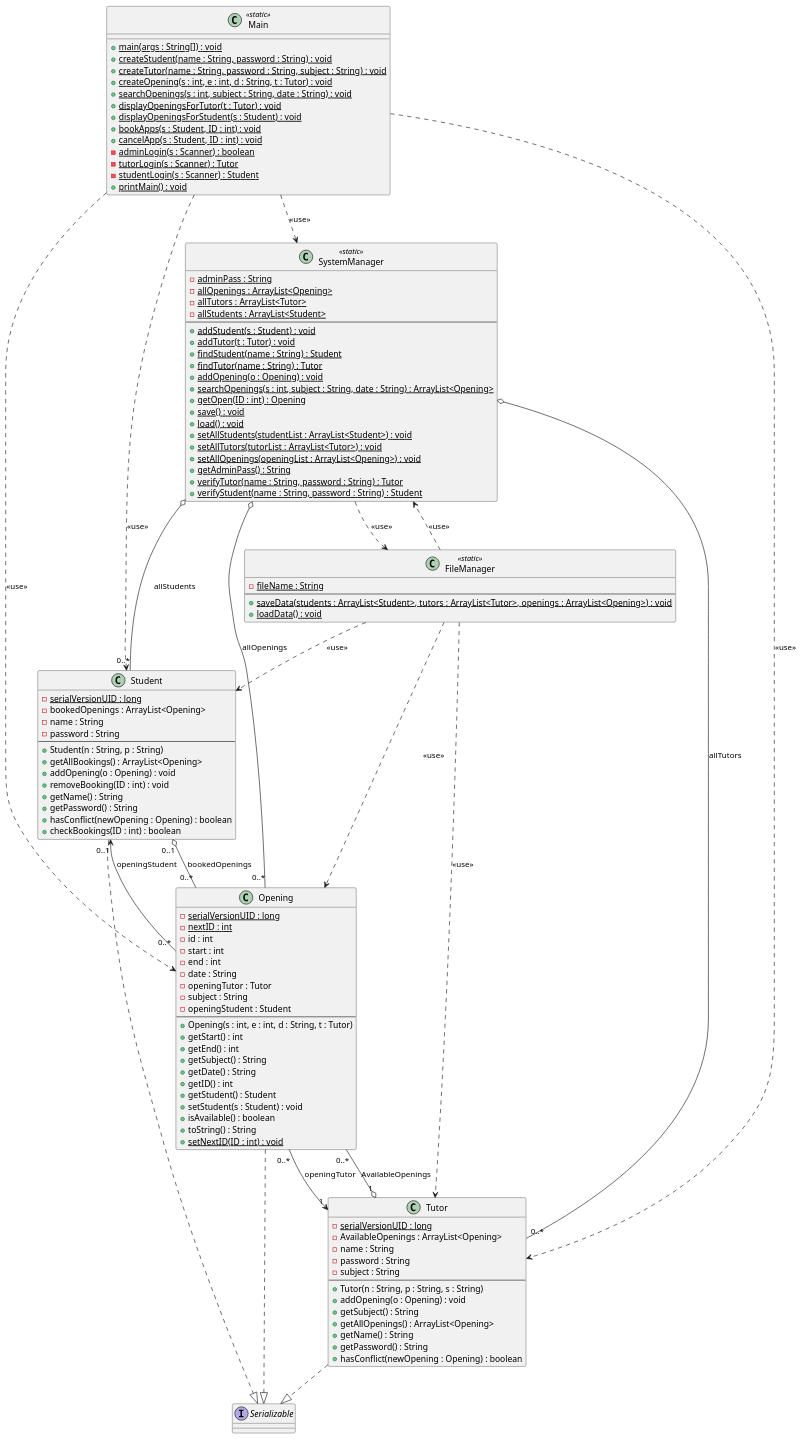
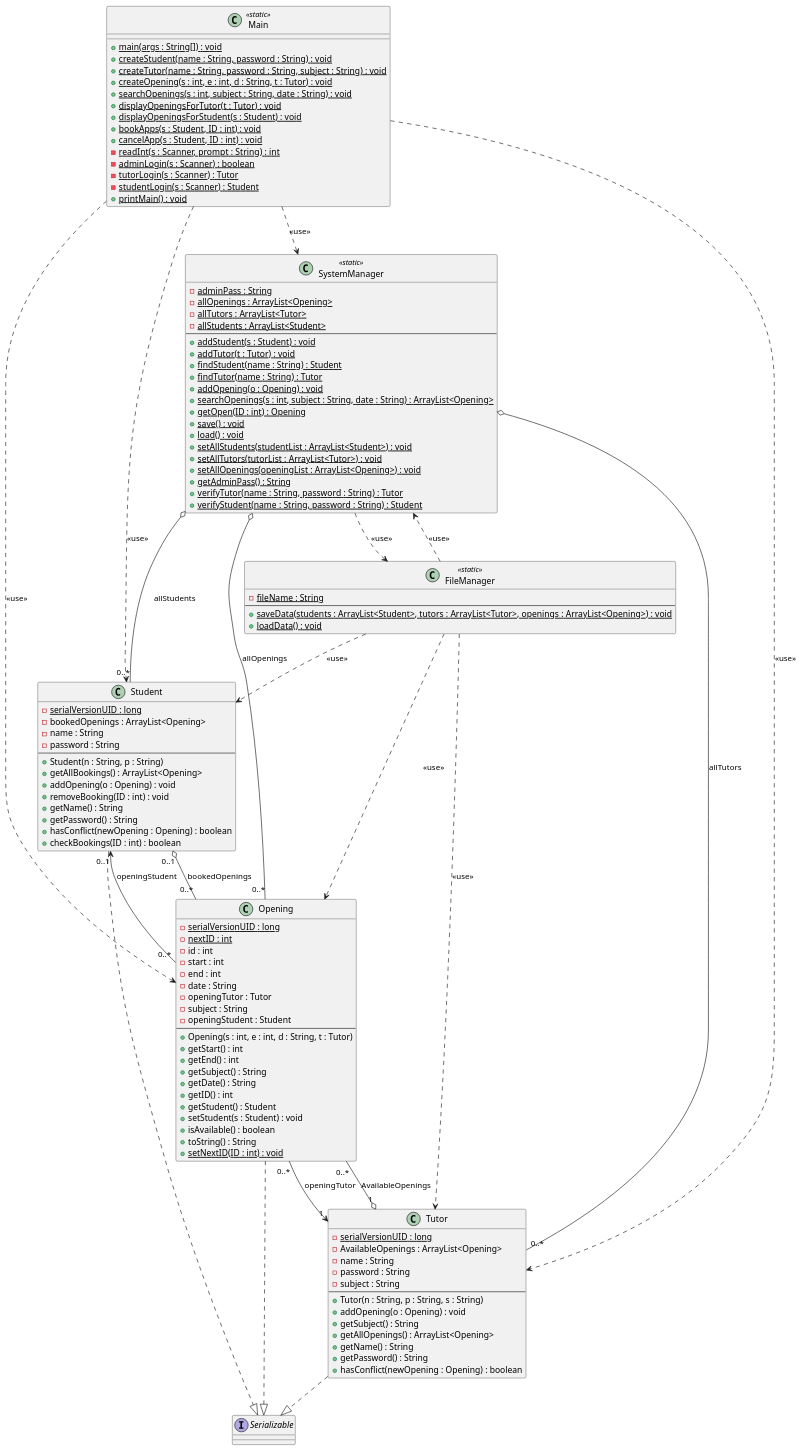
One commit to localhost433/OOPFinalProject changed the diagram in docs/diagrams/class-diagram.puml. Above: the diagram before and after it, drawn with PlantUML. The commit also changed 3 other files, not shown here.

```diff
--- a/docs/diagrams/class-diagram.puml
+++ b/docs/diagrams/class-diagram.puml
@@ -1,138 +1,139 @@
 @startuml class-diagram
 ' Class diagram — Tutoring Center Appointment Manager
 
 ' java.io.Serializable (JDK)
 interface Serializable {
 }
 
 class Main <<static>> {
     + {static} main(args : String[]) : void
     + {static} createStudent(name : String, password : String) : void
     + {static} createTutor(name : String, password : String, subject : String) : void
     + {static} createOpening(s : int, e : int, d : String, t : Tutor) : void
     + {static} searchOpenings(s : int, subject : String, date : String) : void
     + {static} displayOpeningsForTutor(t : Tutor) : void
     + {static} displayOpeningsForStudent(s : Student) : void
     + {static} bookApps(s : Student, ID : int) : void
     + {static} cancelApp(s : Student, ID : int) : void
+    - {static} readInt(s : Scanner, prompt : String) : int
     - {static} adminLogin(s : Scanner) : boolean
     - {static} tutorLogin(s : Scanner) : Tutor
     - {static} studentLogin(s : Scanner) : Student
     + {static} printMain() : void
 }
 
 class SystemManager <<static>> {
     - {static} adminPass : String
     - {static} allOpenings : ArrayList<Opening>
     - {static} allTutors : ArrayList<Tutor>
     - {static} allStudents : ArrayList<Student>
     --
     + {static} addStudent(s : Student) : void
     + {static} addTutor(t : Tutor) : void
     + {static} findStudent(name : String) : Student
     + {static} findTutor(name : String) : Tutor
     + {static} addOpening(o : Opening) : void
     + {static} searchOpenings(s : int, subject : String, date : String) : ArrayList<Opening>
     + {static} getOpen(ID : int) : Opening
     + {static} save() : void
     + {static} load() : void
     + {static} setAllStudents(studentList : ArrayList<Student>) : void
     + {static} setAllTutors(tutorList : ArrayList<Tutor>) : void
     + {static} setAllOpenings(openingList : ArrayList<Opening>) : void
     + {static} getAdminPass() : String
     + {static} verifyTutor(name : String, password : String) : Tutor
     + {static} verifyStudent(name : String, password : String) : Student
 }
 
 class Student {
     - {static} serialVersionUID : long
     - bookedOpenings : ArrayList<Opening>
     - name : String
     - password : String
     --
     + Student(n : String, p : String)
     + getAllBookings() : ArrayList<Opening>
     + addOpening(o : Opening) : void
     + removeBooking(ID : int) : void
     + getName() : String
     + getPassword() : String
     + hasConflict(newOpening : Opening) : boolean
     + checkBookings(ID : int) : boolean
 }
 
 class Tutor {
     - {static} serialVersionUID : long
     - AvailableOpenings : ArrayList<Opening>
     - name : String
     - password : String
     - subject : String
     --
     + Tutor(n : String, p : String, s : String)
     + addOpening(o : Opening) : void
     + getSubject() : String
     + getAllOpenings() : ArrayList<Opening>
     + getName() : String
     + getPassword() : String
     + hasConflict(newOpening : Opening) : boolean
 }
 
 class Opening {
     - {static} serialVersionUID : long
     - {static} nextID : int
     - id : int
     - start : int
     - end : int
     - date : String
     - openingTutor : Tutor
     - subject : String
     - openingStudent : Student
     --
     + Opening(s : int, e : int, d : String, t : Tutor)
     + getStart() : int
     + getEnd() : int
     + getSubject() : String
     + getDate() : String
     + getID() : int
     + getStudent() : Student
     + setStudent(s : Student) : void
     + isAvailable() : boolean
     + toString() : String
     + {static} setNextID(ID : int) : void
 }
 
 class FileManager <<static>> {
     - {static} fileName : String
     --
     + {static} saveData(students : ArrayList<Student>, tutors : ArrayList<Tutor>, openings : ArrayList<Opening>) : void
     + {static} loadData() : void
 }
 
 ' --- realization ---
 Student  ..|> Serializable
 Tutor    ..|> Serializable
 Opening  ..|> Serializable
 
 ' --- aggregation: the registries hold the objects, objects outlive any one list ---
 SystemManager o-- "0..*" Student : allStudents
 SystemManager o-- "0..*" Tutor   : allTutors
 SystemManager o-- "0..*" Opening : allOpenings
 
 Tutor   "1"    o-- "0..*" Opening : AvailableOpenings
 Student "0..1" o-- "0..*" Opening : bookedOpenings
 
 ' --- association: an Opening points back at its tutor and (once booked) its student ---
 Opening "0..*" --> "1"    Tutor   : openingTutor
 Opening "0..*" --> "0..1" Student : openingStudent
 
 ' --- dependency ---
 Main          ..> SystemManager : <<use>>
 Main          ..> Student       : <<use>>
 Main          ..> Tutor         : <<use>>
 Main          ..> Opening       : <<use>>
 SystemManager ..> FileManager   : <<use>>
 FileManager   ..> SystemManager : <<use>>
 FileManager   ..> Opening       : <<use>>
 FileManager   ..> Student       : <<use>>
 FileManager   ..> Tutor         : <<use>>
 
 @enduml
```
